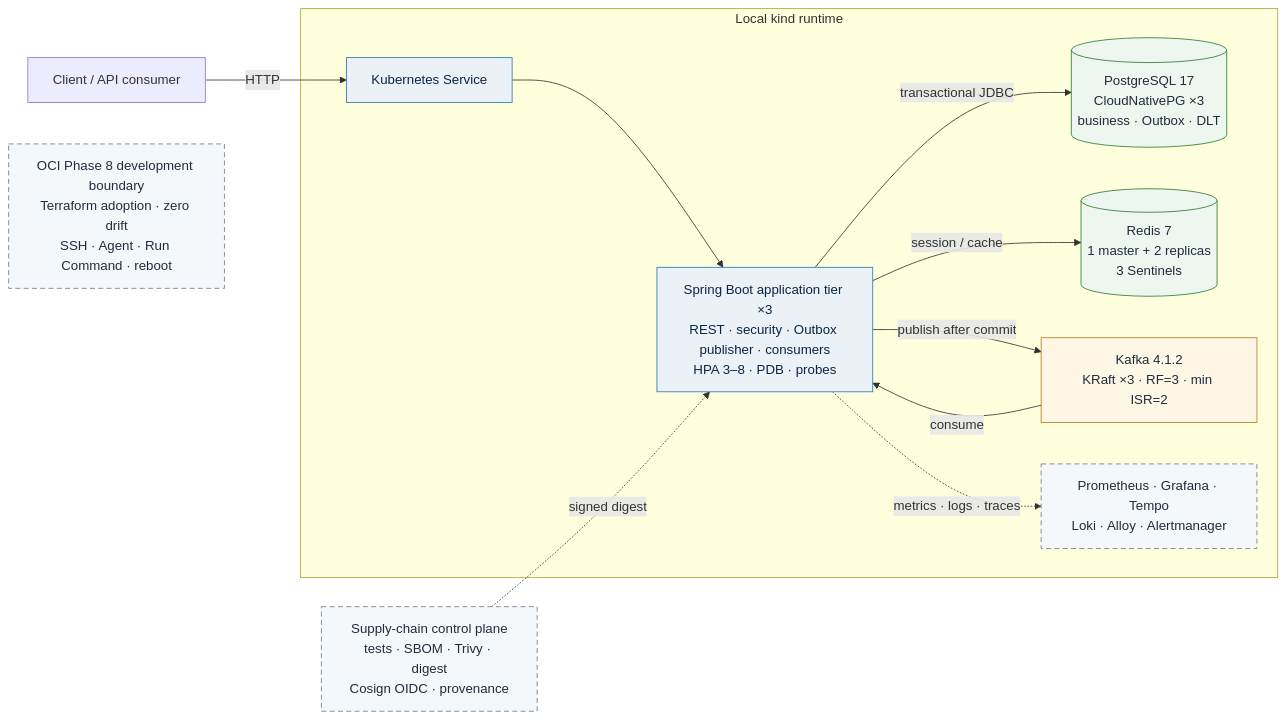
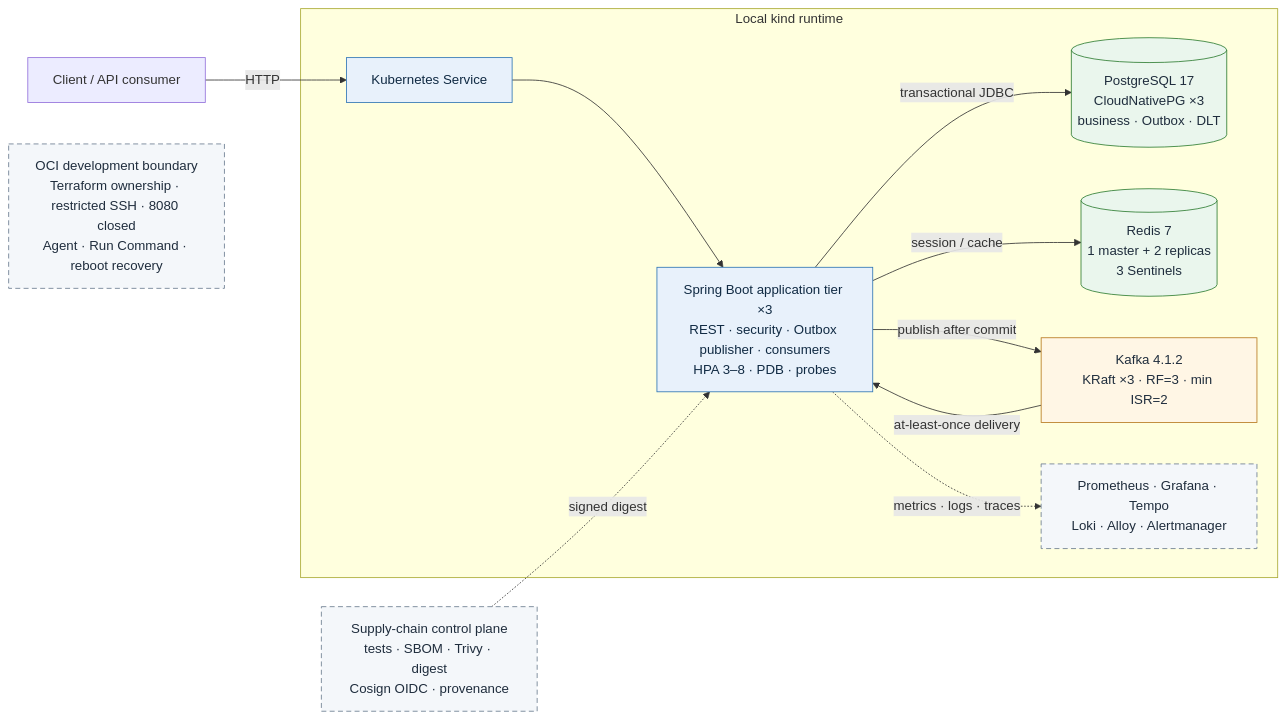
Before and after one commit to ravan-chuang/spring-boot-ecommerce-backend: the first of 5 diagrams in SpringBoot_Backend_Engineering_Summary.md, drawn with Mermaid. The commit also changed other lines of this file and 2 other files, not shown here.

Commit message:
docs: update engineering portfolio through Phase 9

````diff
--- a/SpringBoot_Backend_Engineering_Summary.md
+++ b/SpringBoot_Backend_Engineering_Summary.md
@@ -86,25 +78,25 @@
 ```mermaid
 flowchart LR
     Client["Client / API consumer"] -->|HTTP| Service["Kubernetes Service"]
 
     subgraph Local["Local kind runtime"]
         Service --> App["Spring Boot application tier ×3<br/>REST · security · Outbox publisher · consumers<br/>HPA 3–8 · PDB · probes"]
         App -->|transactional JDBC| PG[("PostgreSQL 17<br/>CloudNativePG ×3<br/>business · Outbox · DLT")]
         App -->|session / cache| Redis[("Redis 7<br/>1 master + 2 replicas<br/>3 Sentinels")]
         App -->|publish after commit| Kafka["Kafka 4.1.2<br/>KRaft ×3 · RF=3 · min ISR=2"]
-        Kafka -->|consume| App
+        Kafka -->|at-least-once delivery| App
         App -.->|metrics · logs · traces| Obs["Prometheus · Grafana · Tempo<br/>Loki · Alloy · Alertmanager"]
     end
 
     Supply["Supply-chain control plane<br/>tests · SBOM · Trivy · digest<br/>Cosign OIDC · provenance"] -.->|signed digest| App
-    OCI["OCI Phase 8 development boundary<br/>Terraform adoption · zero drift<br/>SSH · Agent · Run Command · reboot"]
+    OCI["OCI development boundary<br/>Terraform ownership · restricted SSH · 8080 closed<br/>Agent · Run Command · reboot recovery"]
 
-    classDef runtime fill:#eaf2f8,stroke:#2e74b5,color:#0b2545;
-    classDef durable fill:#edf7ef,stroke:#2e7d32,color:#1f2d3d;
-    classDef async fill:#fff7e6,stroke:#b7791f,color:#1f2d3d;
-    classDef control fill:#f5f8fb,stroke:#6b7c8f,color:#1f2d3d,stroke-dasharray:6 4;
+    classDef runtime fill:#e8f1fb,stroke:#2f75b5,color:#102a43;
+    classDef durable fill:#eaf6ed,stroke:#2e7d32,color:#1f2d3d;
+    classDef async fill:#fff6e5,stroke:#b7791f,color:#1f2d3d;
+    classDef control fill:#f4f7fa,stroke:#6b7c8f,color:#1f2d3d,stroke-dasharray:6 4;
     class App,Service runtime;
     class PG,Redis durable;
     class Kafka async;
     class Supply,OCI,Obs control;
 ```
````
